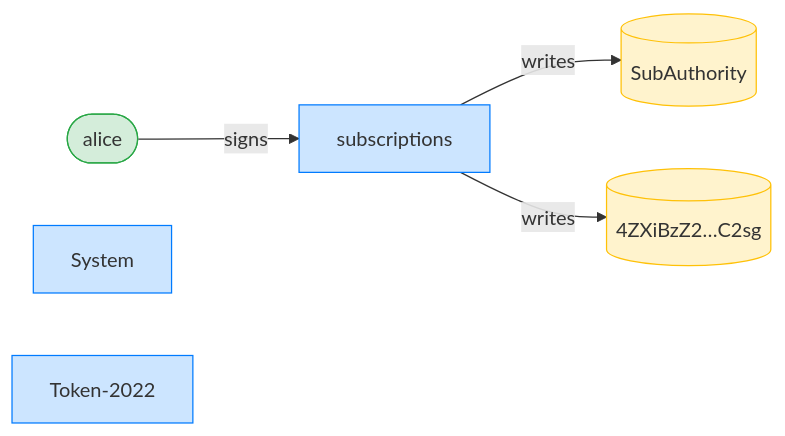
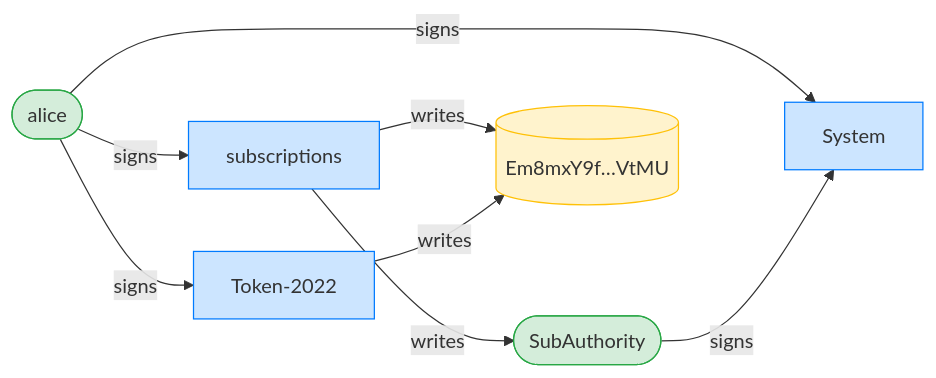
Before and after one commit to cds-rs/subscriptions: the third of 4 diagrams in dsl_tests/initialize-over-a-token-2022-mint---nontransferable--.md, drawn with Mermaid. The commit also changed other lines of this file and 224 other files, not shown here.

````diff
--- a/dsl_tests/initialize-over-a-token-2022-mint---nontransferable--.md
+++ b/dsl_tests/initialize-over-a-token-2022-mint---nontransferable--.md
@@ -55,15 +56,19 @@
 ```mermaid
 flowchart LR
     classDef signer fill:#d4edda,stroke:#28a745;
     classDef program fill:#cce5ff,stroke:#007bff;
     classDef writable fill:#fff3cd,stroke:#ffc107;
     subscriptions[subscriptions]:::program
     alice([alice]):::signer
-    SubAuthority[(SubAuthority)]:::writable
-    4ZXiBzZ2_C2sg[("4ZXiBzZ2…C2sg")]:::writable
+    SubAuthority([SubAuthority]):::signer
+    Em8mxY9f_VtMU[("Em8mxY9f…VtMU")]:::writable
     System[System]:::program
     Token_2022["Token-2022"]:::program
     alice -->|signs| subscriptions
+    alice -->|signs| System
+    SubAuthority -->|signs| System
+    alice -->|signs| Token_2022
     subscriptions -->|writes| SubAuthority
-    subscriptions -->|writes| 4ZXiBzZ2_C2sg
+    subscriptions -->|writes| Em8mxY9f_VtMU
+    Token_2022 -->|writes| Em8mxY9f_VtMU
 ```
````
